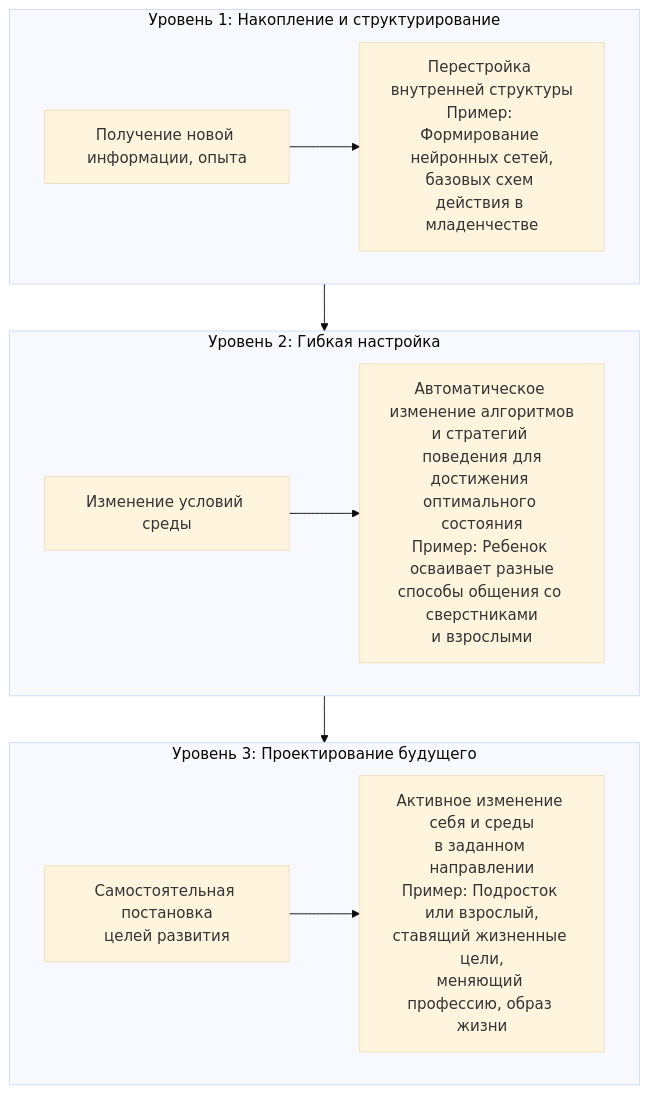
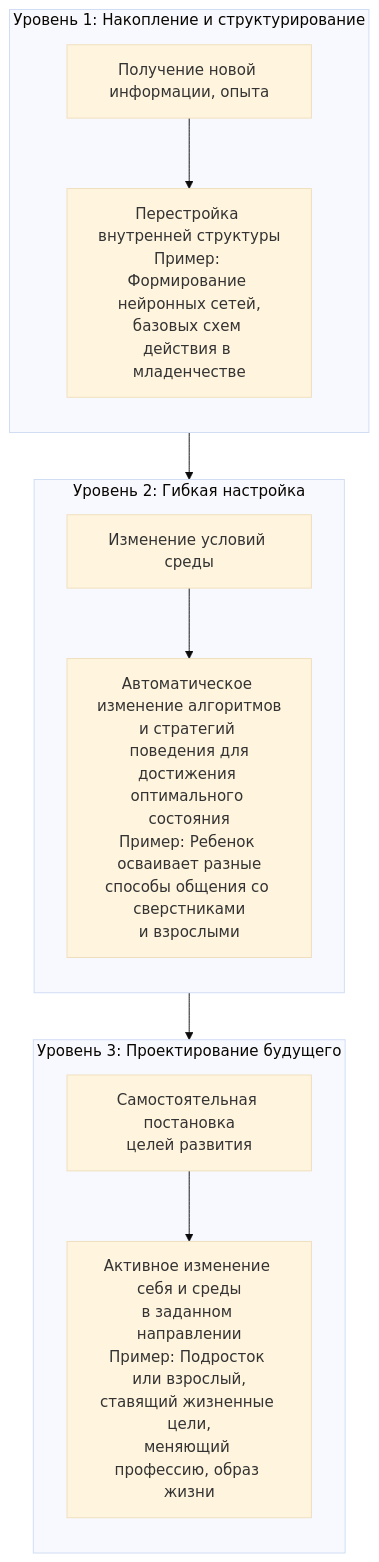
The diagram in content/articles/psychology/vozrastnaya-psihologiya/predmet-i-paradoksy-vozrastnoj-psihologii.mdx (becasualle/vimutti), drawn with Mermaid (base theme) before and after one commit. The commit also changed 30 other files, not shown here.

````diff
--- a/content/articles/psychology/vozrastnaya-psihologiya/predmet-i-paradoksy-vozrastnoj-psihologii.mdx
+++ b/content/articles/psychology/vozrastnaya-psihologiya/predmet-i-paradoksy-vozrastnoj-psihologii.mdx
@@ -70,19 +70,19 @@
 ```mermaid
 flowchart TD
     A[Самоорганизующаяся система] --> B[Адаптивная система<br>Самоприспосабливающаяся] --> C[Саморазвивающаяся система]
 
     subgraph A [Уровень 1: Накопление и структурирование]
-        direction LR
+        direction TD
         A1[Получение новой информации, опыта] --> A2[Перестройка внутренней структуры<br>Пример: Формирование нейронных сетей,<br>базовых схем действия в младенчестве]
     end
 
     subgraph B [Уровень 2: Гибкая настройка]
-        direction LR
+        direction TD
         B1[Изменение условий среды] --> B2[Автоматическое изменение алгоритмов<br>и стратегий поведения для<br>достижения оптимального состояния<br>Пример: Ребенок осваивает разные<br>способы общения со сверстниками<br>и взрослыми]
     end
 
     subgraph C [Уровень 3: Проектирование будущего]
-        direction LR
+        direction TD
         C1[Самостоятельная постановка<br>целей развития] --> C2[Активное изменение себя и среды<br>в заданном направлении<br>Пример: Подросток или взрослый,<br>ставящий жизненные цели,<br>меняющий профессию, образ жизни]
     end
 ```
````
